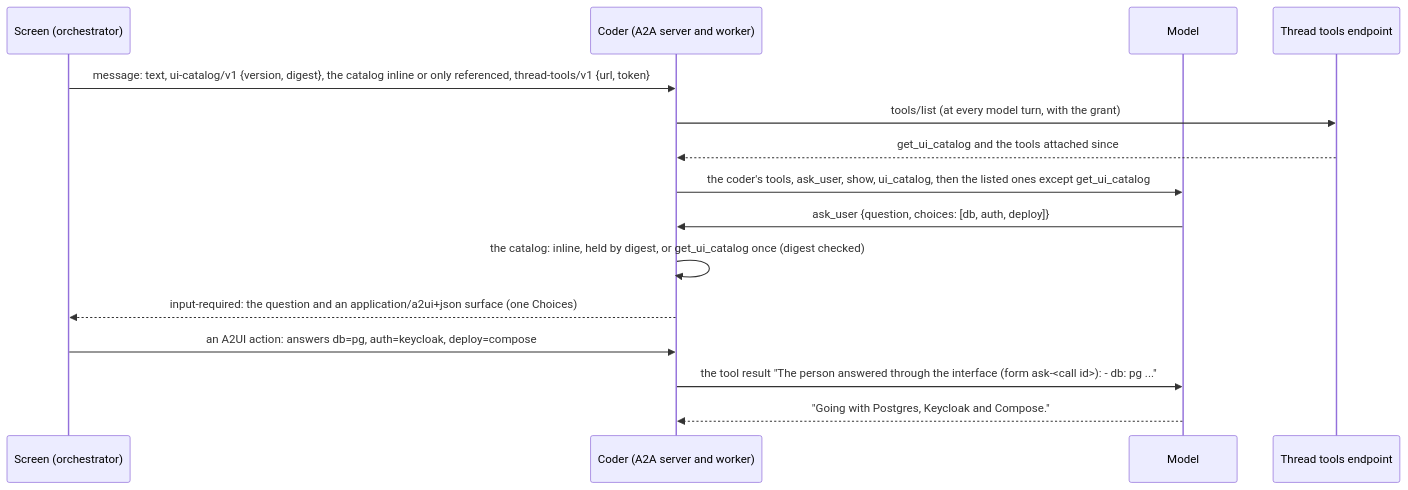
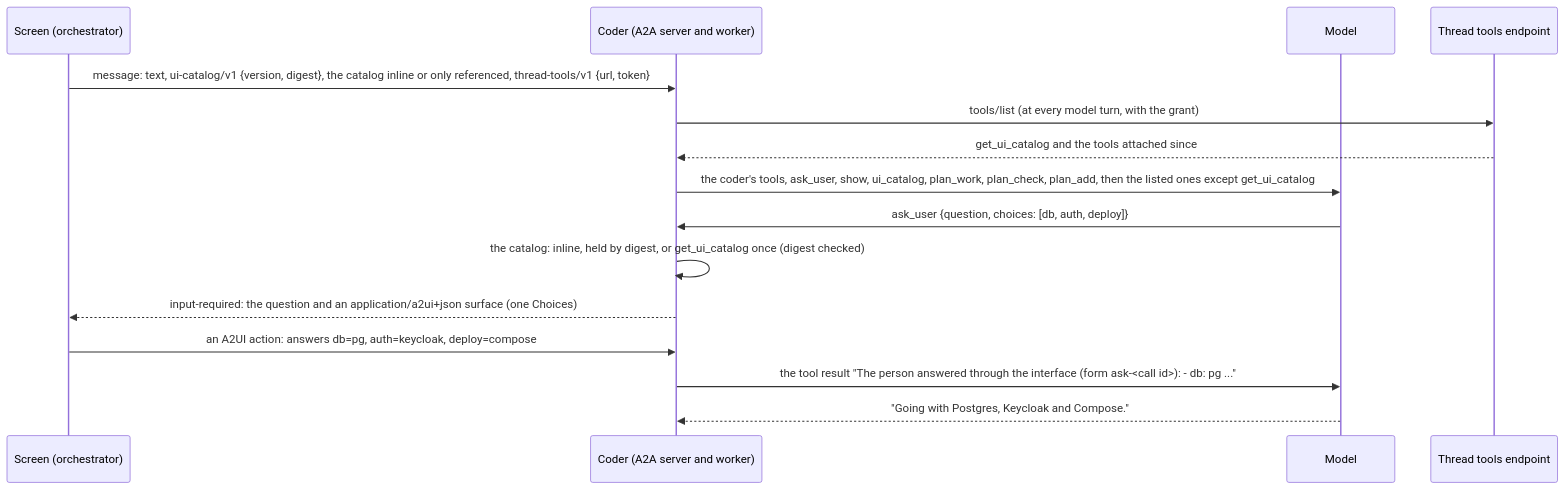
The second of 31 diagrams in bin/adam-coder/README.md (vymalo/another-adam-rs), drawn with Mermaid before and after one commit. The commit also changed other lines of this file and 10 other files, not shown here.

First line of the commit message:
docs: the plan tools (ADR 0044 slice 6) in the READMEs, the reference pages, the guide and the skills

````diff
--- a/bin/adam-coder/README.md
+++ b/bin/adam-coder/README.md
@@ -202,17 +204,17 @@
 ```mermaid
 sequenceDiagram
   participant S as Screen (orchestrator)
   participant C as Coder (A2A server and worker)
   participant M as Model
   participant E as Thread tools endpoint
   S->>C: message: text, ui-catalog/v1 {version, digest}, the catalog inline or only referenced, thread-tools/v1 {url, token}
   C->>E: tools/list (at every model turn, with the grant)
   E-->>C: get_ui_catalog and the tools attached since
-  C->>M: the coder's tools, ask_user, show, ui_catalog, then the listed ones except get_ui_catalog
+  C->>M: the coder's tools, ask_user, show, ui_catalog, plan_work, plan_check, plan_add, then the listed ones except get_ui_catalog
   M->>C: ask_user {question, choices: [db, auth, deploy]}
   C->>C: the catalog: inline, held by digest, or get_ui_catalog once (digest checked)
   C-->>S: input-required: the question and an application/a2ui+json surface (one Choices)
   S->>C: an A2UI action: answers db=pg, auth=keycloak, deploy=compose
   C->>M: the tool result "The person answered through the interface (form ask-<call id>): - db: pg ..."
   M-->>C: "Going with Postgres, Keycloak and Compose."
 ```
````
